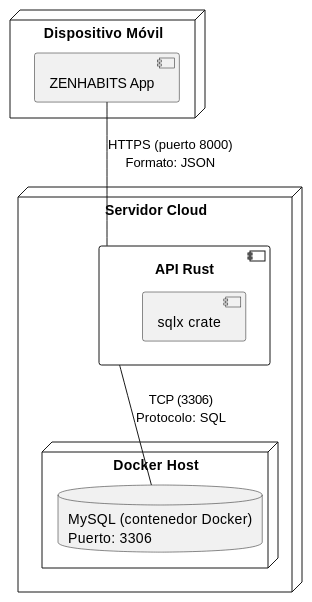
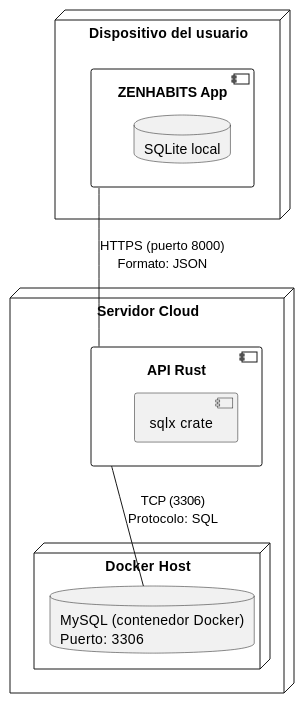
The first of 2 diagrams in README.md (albealvant/zenhabits-project), drawn with PlantUML before and after one commit. The commit also changed other lines of this file, not shown here.

Commit message:
Updated use case diagram

````diff
--- a/README.md
+++ b/README.md
@@ -4,20 +4,22 @@
 ```plantuml
 @startuml
-node "Dispositivo Móvil" {
-  component "ZENHABITS App"
+node "Dispositivo del usuario" {
+  component "ZENHABITS App" {
+    database "SQLite local"
+  }
 }
 
 node "Servidor Cloud" {
   component "API Rust" as api {
     [sqlx crate]
   }
   node "Docker Host" {
     database "MySQL (contenedor Docker)\nPuerto: 3306" as mysql
   }
 }
 
 "ZENHABITS App" -- api : HTTPS (puerto 8000)\nFormato: JSON
 api -- mysql : TCP (3306)\nProtocolo: SQL
 
 @enduml
 ```
````
